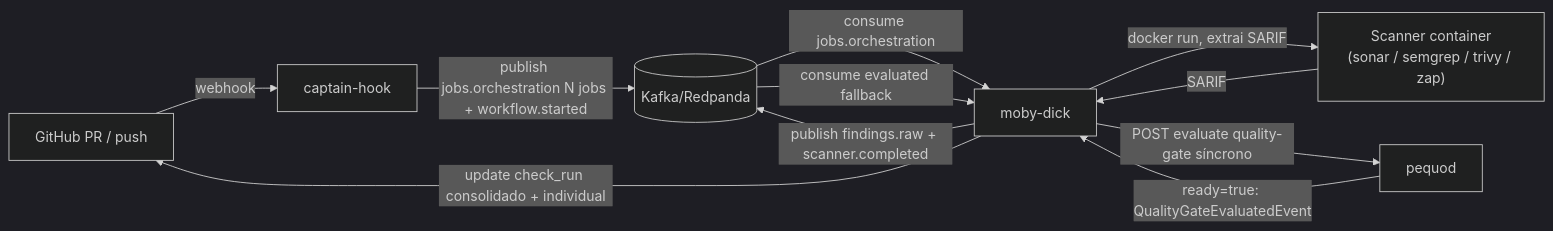
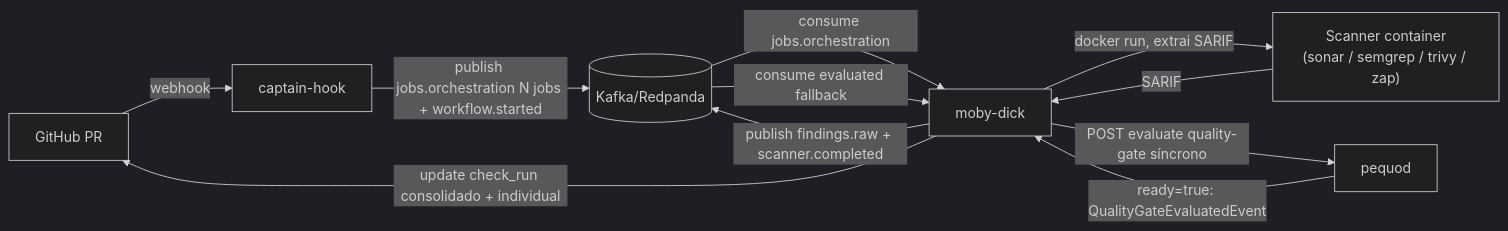
One commit to OdinEye-FIAP/aspm-docs changed the second of 2 diagrams in docs/moby-dick.md. Above: the diagram before and after it, drawn with Mermaid (dark theme). The commit also changed other lines of this file and 1 other file, not shown here.

````diff
--- a/docs/moby-dick.md
+++ b/docs/moby-dick.md
@@ -90,20 +94,20 @@
 ```mermaid
 flowchart LR
-  GH[GitHub PR / push]
+  GH[GitHub PR]
   CH[captain-hook]
   K[(Kafka/Redpanda)]
   MD[moby-dick]
   SR["Scanner container<br/>(sonar / semgrep / trivy / zap)"]
   PQ[pequod]
 
   GH -->|webhook| CH
   CH -->|publish jobs.orchestration N jobs + workflow.started| K
   K -->|consume jobs.orchestration| MD
   MD -->|docker run, extrai SARIF| SR
   SR -->|SARIF| MD
   MD -->|publish findings.raw + scanner.completed| K
   MD -->|POST evaluate quality-gate síncrono| PQ
   PQ -->|ready=true: QualityGateEvaluatedEvent| MD
   MD -->|update check_run consolidado + individual| GH
   K -->|consume evaluated fallback| MD
 ```
````
